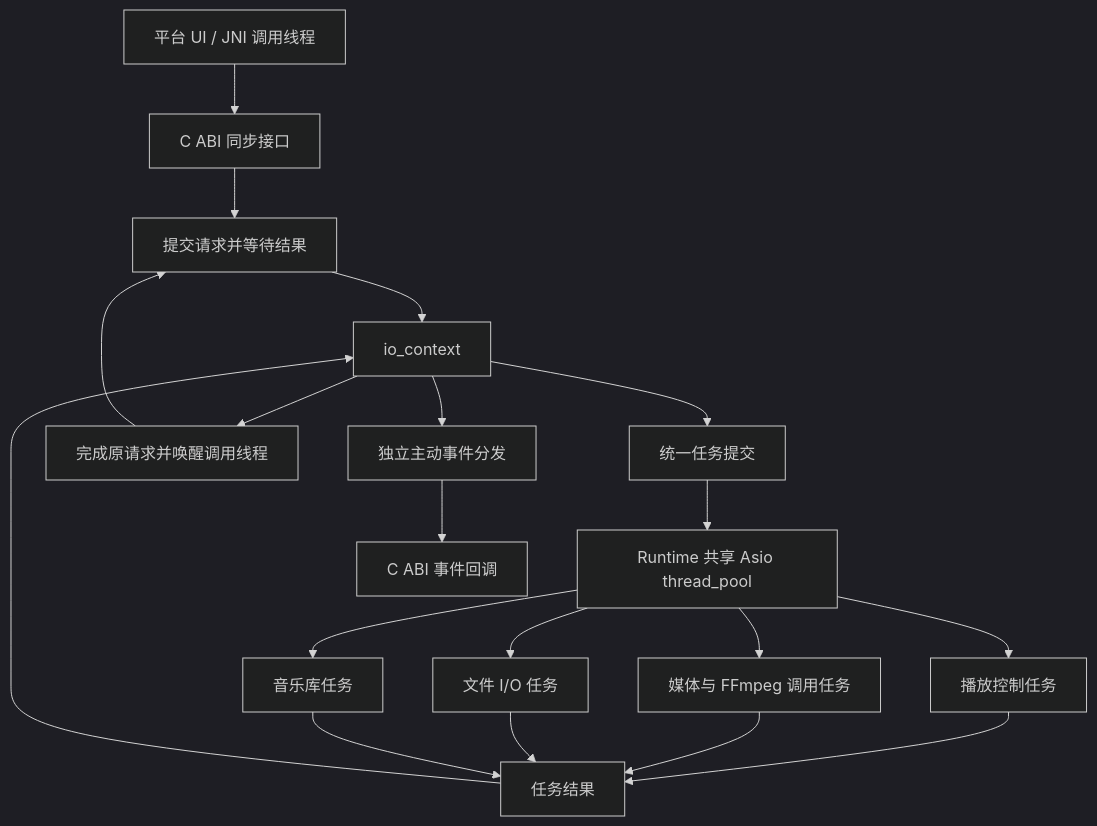
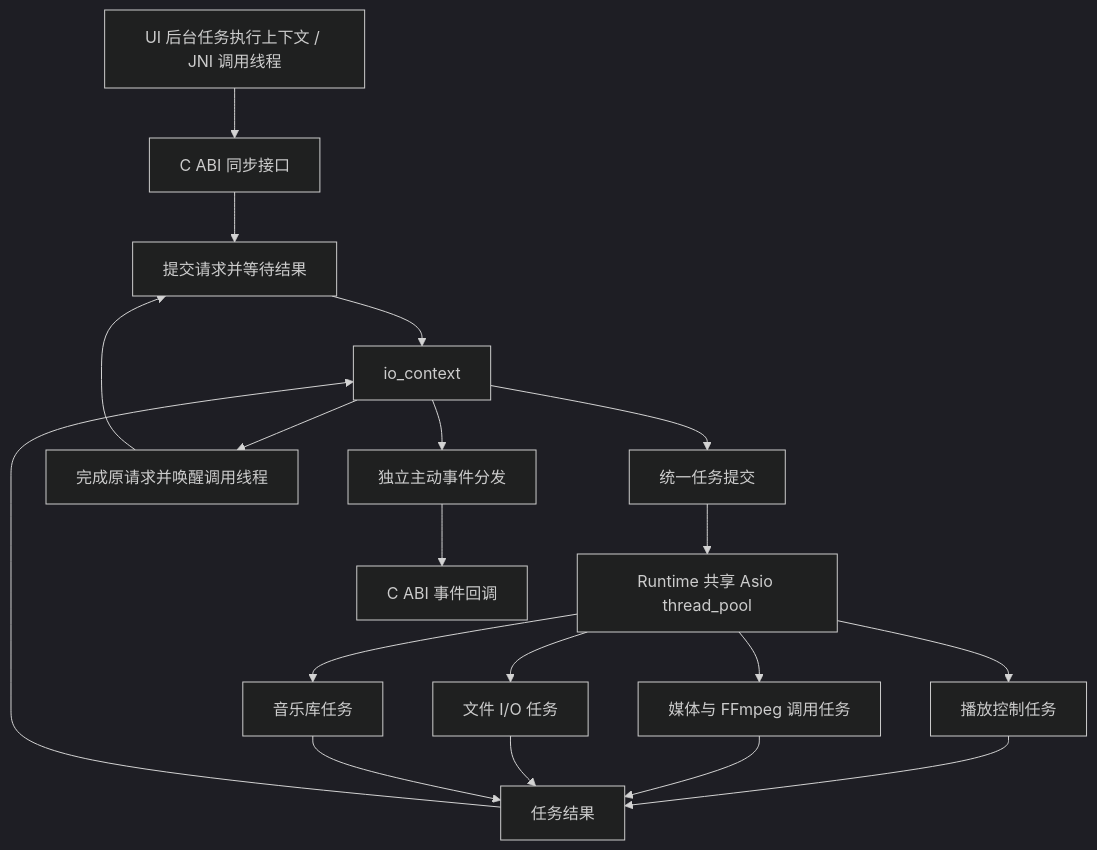
The fifth of 8 diagrams in docs/ARCHITECTURE.md (kerlfx/LNAudio), drawn with Mermaid (dark theme) before and after one commit. The commit also changed other lines of this file, not shown here.

```diff
--- a/docs/ARCHITECTURE.md
+++ b/docs/ARCHITECTURE.md
@@ -327,21 +328,21 @@
 ~~~mermaid
 flowchart TD
-    A[平台 UI / JNI 调用线程] --> B[C ABI 同步接口]
+    A[UI 后台任务执行上下文 / JNI 调用线程] --> B[C ABI 同步接口]
     B --> C[提交请求并等待结果]
     C --> D[io_context]
     D --> E[统一任务提交]
     E --> F[Runtime 共享 Asio thread_pool]
     F --> G[播放控制任务]
     F --> H[媒体与 FFmpeg 调用任务]
     F --> I[文件 I/O 任务]
     F --> J[音乐库任务]
     G --> K[任务结果]
     H --> K
     I --> K
     J --> K
     K --> D
     D --> L[完成原请求并唤醒调用线程]
     L --> C
     D --> M[独立主动事件分发]
     M --> N[C ABI 事件回调]
 ~~~
```
